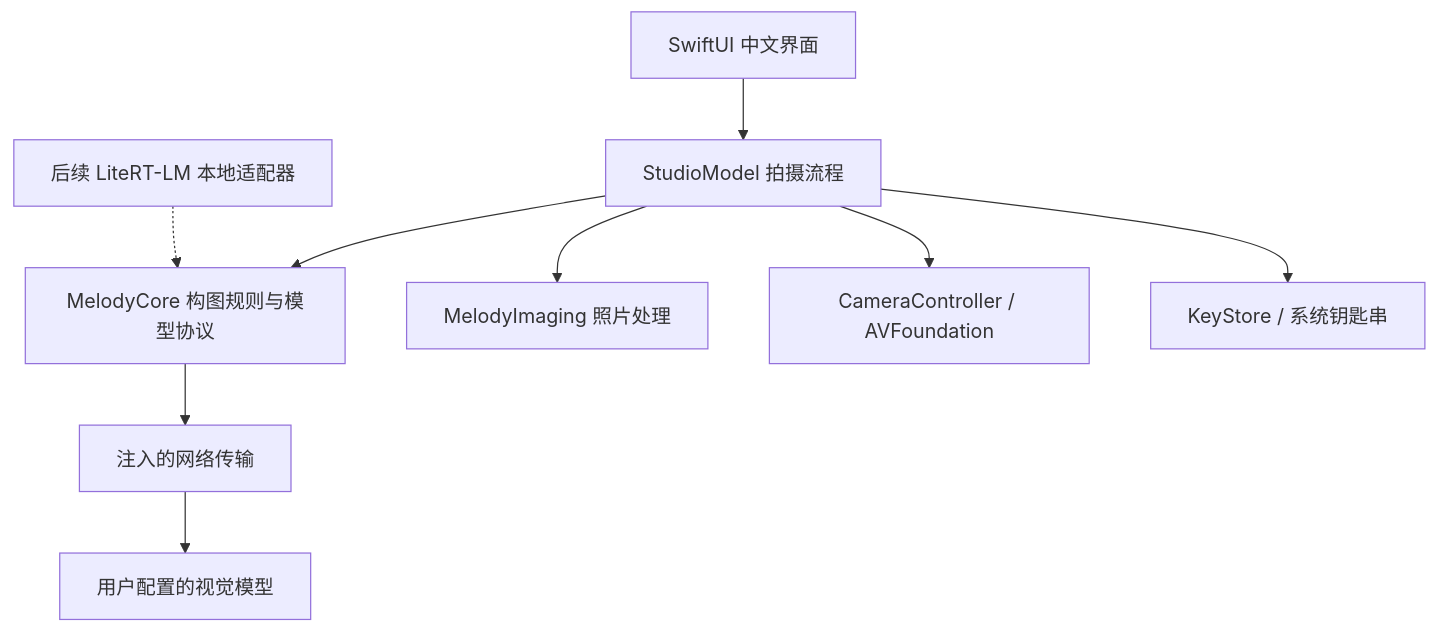
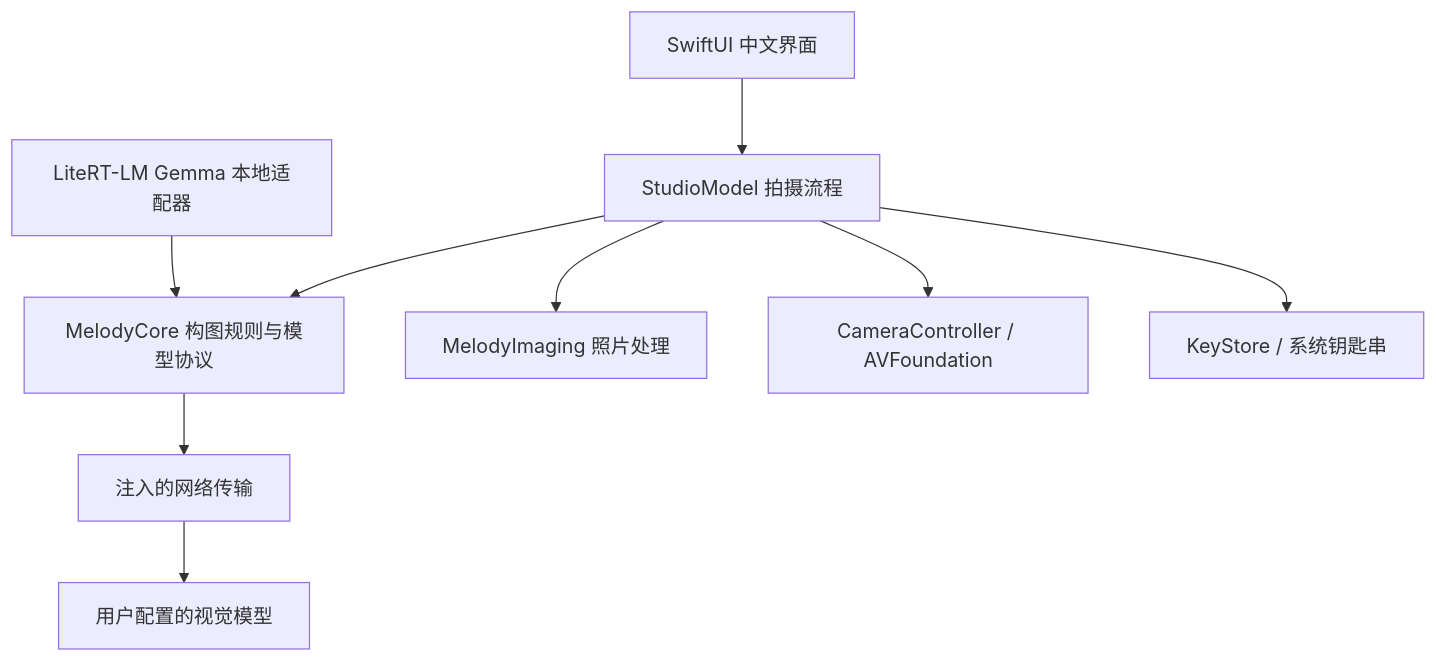
The diagram in docs/架构设计.md (reducm/melody-camera), drawn with Mermaid before and after one commit. The commit also changed other lines of this file and 69 other files, not shown here.

Commit message:
完善手机拍摄项目、端侧参考图与分级日志，整理项目知识库

````diff
--- a/docs/架构设计.md
+++ b/docs/架构设计.md
@@ -7,11 +7,11 @@
 ```mermaid
 flowchart TB
     View[SwiftUI 中文界面] --> Studio[StudioModel 拍摄流程]
     Studio --> Core[MelodyCore 构图规则与模型协议]
     Studio --> Imaging[MelodyImaging 照片处理]
     Studio --> Camera[CameraController / AVFoundation]
     Studio --> Secrets[KeyStore / 系统钥匙串]
     Core --> Transport[注入的网络传输]
     Transport --> Remote[用户配置的视觉模型]
-    Local[后续 LiteRT-LM 本地适配器] -.-> Core
+    Local[LiteRT-LM Gemma 本地适配器] --> Core
 ```
````
